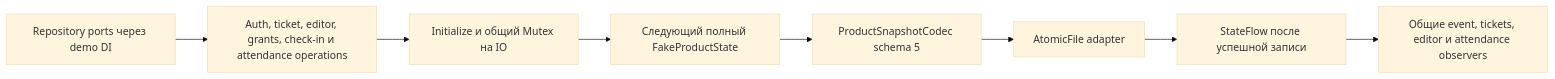
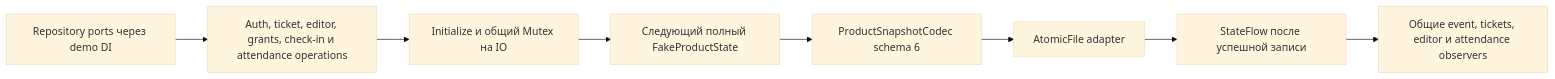
One commit to XataBq/EventManager changed the diagram in docs/05-data-contracts.md. Above: the diagram before and after it, drawn with Mermaid (base theme). The commit also changed other lines of this file and 39 other files, not shown here.

````diff
--- a/docs/05-data-contracts.md
+++ b/docs/05-data-contracts.md
@@ -35,10 +27,10 @@
 ```mermaid
 flowchart LR
     ports["Repository ports через demo DI"] --> ops["Auth, ticket, editor, grants, check-in и attendance operations"]
     ops --> shared["Initialize и общий Mutex на IO"]
     shared --> proposed["Следующий полный FakeProductState"]
-    proposed --> codec["ProductSnapshotCodec schema 5"]
+    proposed --> codec["ProductSnapshotCodec schema 6"]
     codec --> atomic["AtomicFile adapter"]
     atomic --> published["StateFlow после успешной записи"]
     published --> observers["Общие event, tickets, editor и attendance observers"]
 ```
````
